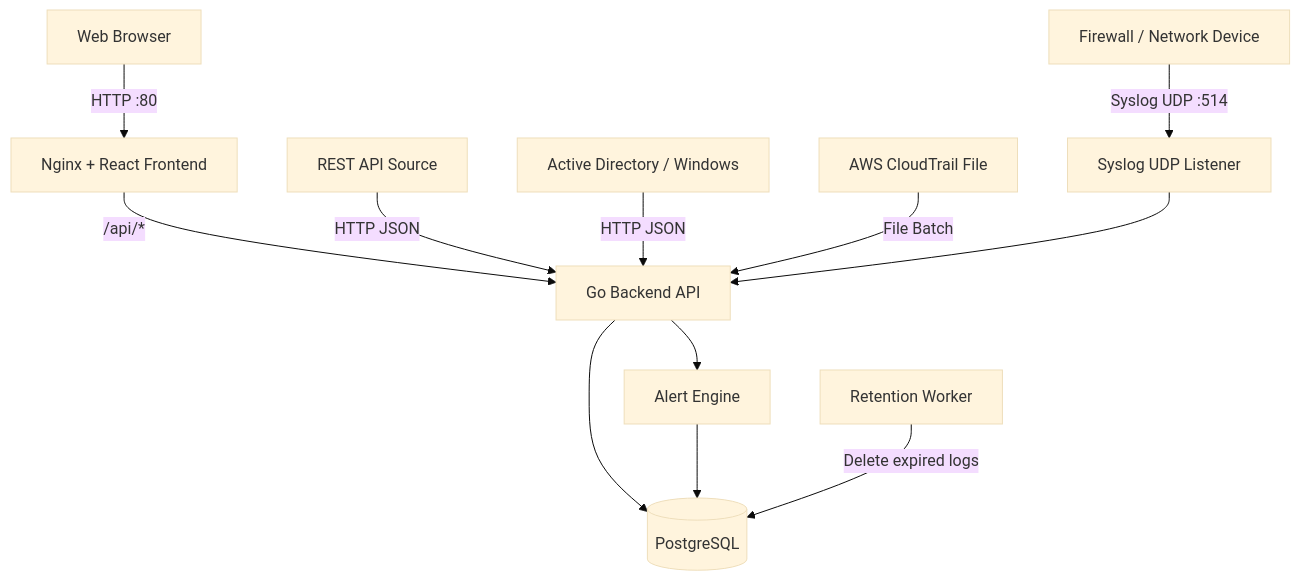
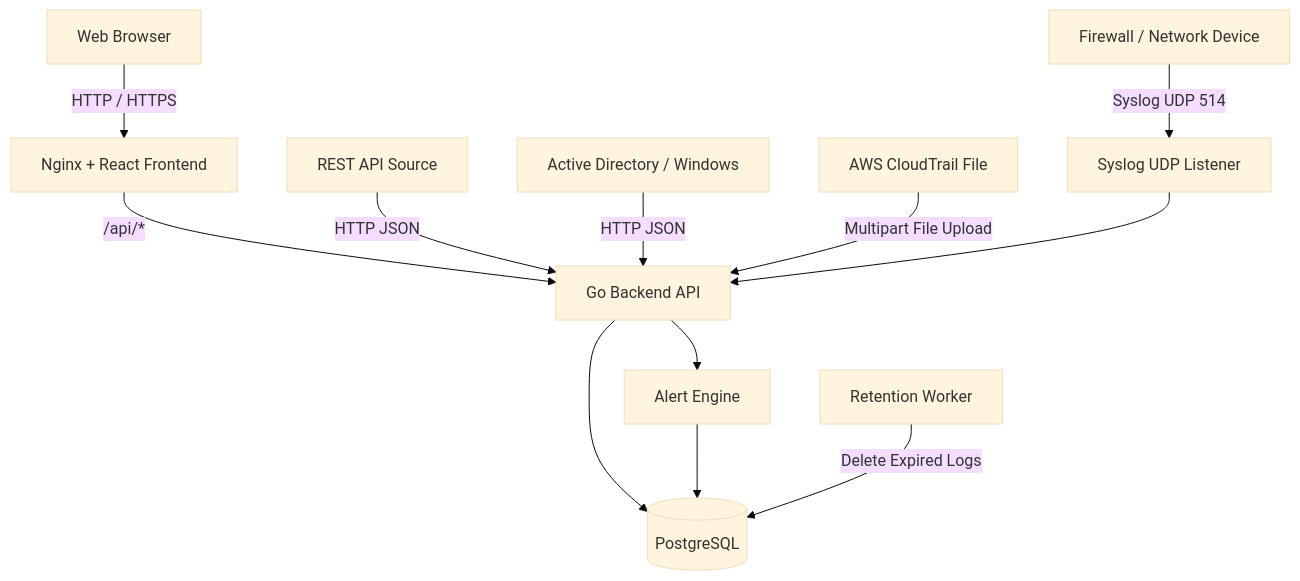
Before and after one commit to HAMLEG448/log-management-demo: the first of 10 diagrams in docs/architecture.md, drawn with Mermaid (base theme). The commit also changed other lines of this file and 2 other files, not shown here.

````diff
--- a/docs/architecture.md
+++ b/docs/architecture.md
@@ -11,32 +19,36 @@
 ```mermaid
 flowchart TD
     USER[Web Browser]
 
+    API_SOURCE[REST API Source]
     FIREWALL[Firewall / Network Device]
-    API_SOURCE[REST API Source]
     AD[Active Directory / Windows]
     AWS[AWS CloudTrail File]
 
     NGINX[Nginx + React Frontend]
     BACKEND[Go Backend API]
     SYSLOG[Syslog UDP Listener]
+
     DB[(PostgreSQL)]
+
     ALERT[Alert Engine]
     RETENTION[Retention Worker]
 
-    USER -->|HTTP :80| NGINX
+    USER -->|HTTP / HTTPS| NGINX
+
     NGINX -->|/api/*| BACKEND
 
     API_SOURCE -->|HTTP JSON| BACKEND
     AD -->|HTTP JSON| BACKEND
-    AWS -->|File Batch| BACKEND
+    AWS -->|Multipart File Upload| BACKEND
 
-    FIREWALL -->|Syslog UDP :514| SYSLOG
+    FIREWALL -->|Syslog UDP 514| SYSLOG
     SYSLOG --> BACKEND
 
     BACKEND --> DB
+
     BACKEND --> ALERT
     ALERT --> DB
 
-    RETENTION -->|Delete expired logs| DB
+    RETENTION -->|Delete Expired Logs| DB
 ```
````
